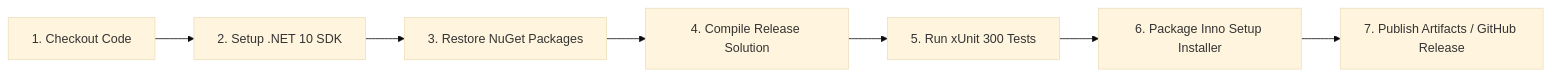
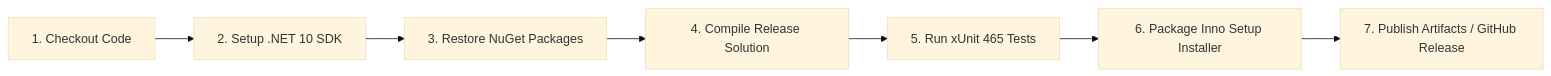
Before and after one commit to Nguyen-Trung-Tien/WinCarePro: the diagram in docs/09_BUILD_DEPLOYMENT_AND_PACKAGING.md, drawn with Mermaid (base theme). The commit also changed 21 other files, not shown here.

````diff
--- a/docs/09_BUILD_DEPLOYMENT_AND_PACKAGING.md
+++ b/docs/09_BUILD_DEPLOYMENT_AND_PACKAGING.md
@@ -97,9 +97,9 @@
 ```mermaid
 graph LR
     Checkout["1. Checkout Code"] --> SetupDotnet["2. Setup .NET 10 SDK"]
     SetupDotnet --> Restore["3. Restore NuGet Packages"]
     Restore --> Build["4. Compile Release Solution"]
-    Build --> Test["5. Run xUnit 300 Tests"]
+    Build --> Test["5. Run xUnit 465 Tests"]
     Test --> Pack["6. Package Inno Setup Installer"]
     Pack --> Release["7. Publish Artifacts / GitHub Release"]
 ```
````
